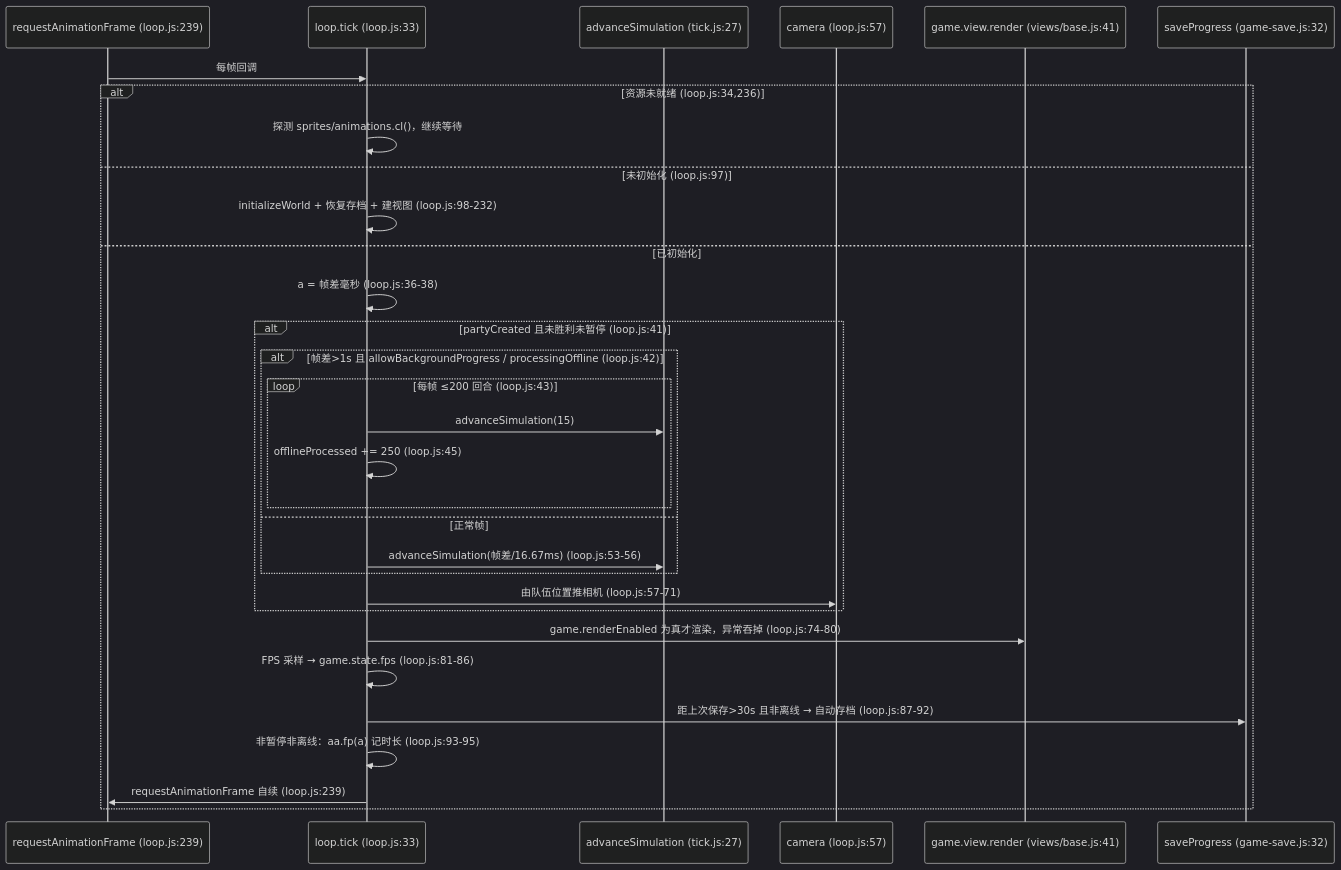
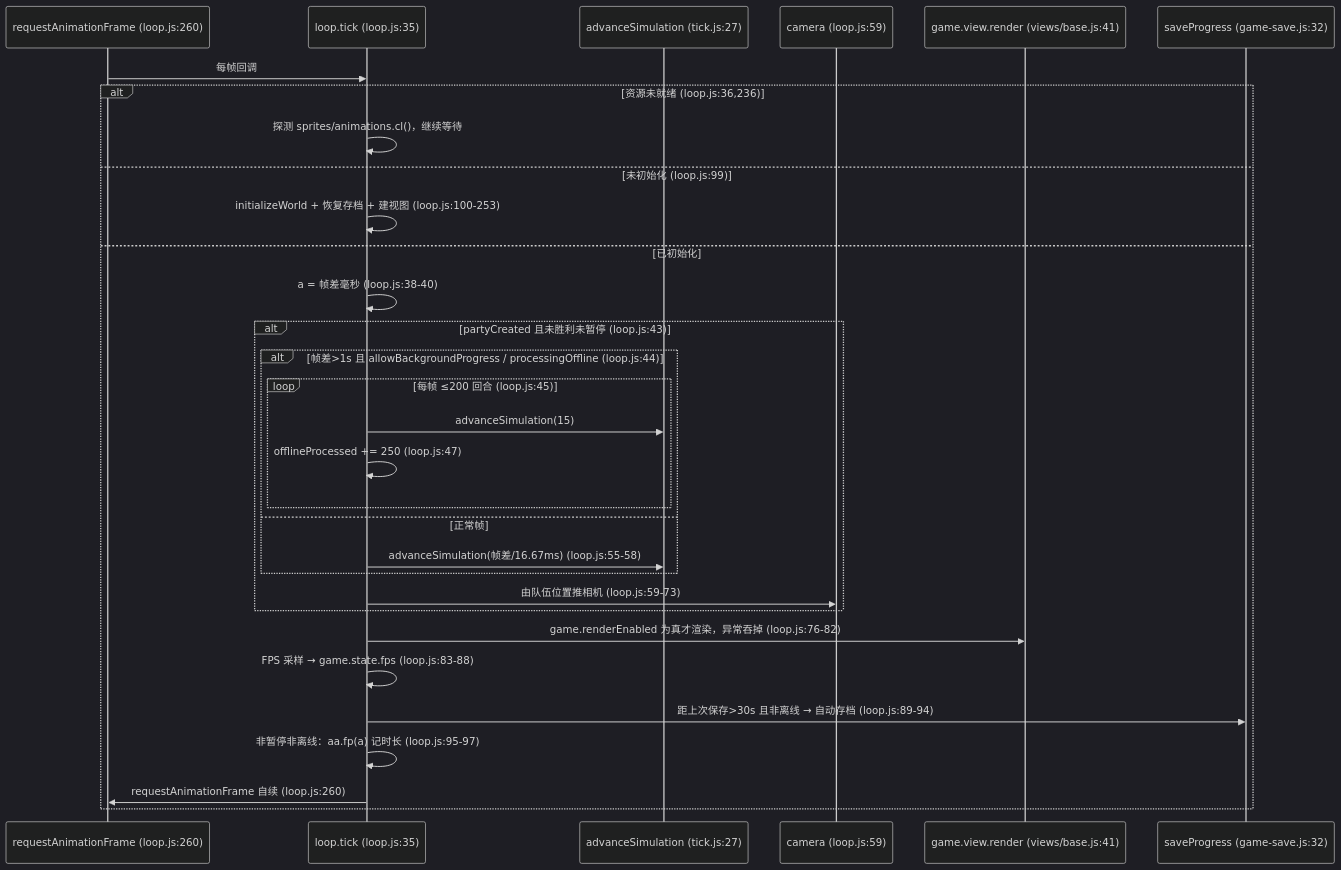
Before and after one commit to TT-106/click: the second of 6 diagrams in docs/architecture.md, drawn with Mermaid (dark theme). The commit also changed other lines of this file and 15 other files, not shown here.

````diff
--- a/docs/architecture.md
+++ b/docs/architecture.md
@@ -113,34 +113,34 @@
 ```mermaid
 sequenceDiagram
-    participant RAF as requestAnimationFrame (loop.js:239)
-    participant L as loop.tick (loop.js:33)
+    participant RAF as requestAnimationFrame (loop.js:260)
+    participant L as loop.tick (loop.js:35)
     participant S as advanceSimulation (tick.js:27)
-    participant C as camera (loop.js:57)
+    participant C as camera (loop.js:59)
     participant V as game.view.render (views/base.js:41)
     participant P as saveProgress (game-save.js:32)
 
     RAF->>L: 每帧回调
-    alt 资源未就绪 (loop.js:34,236)
+    alt 资源未就绪 (loop.js:36,236)
         L->>L: 探测 sprites/animations.cl()，继续等待
-    else 未初始化 (loop.js:97)
-        L->>L: initializeWorld + 恢复存档 + 建视图 (loop.js:98-232)
+    else 未初始化 (loop.js:99)
+        L->>L: initializeWorld + 恢复存档 + 建视图 (loop.js:100-253)
     else 已初始化
-        L->>L: a = 帧差毫秒 (loop.js:36-38)
-        alt partyCreated 且未胜利未暂停 (loop.js:41)
-            alt 帧差>1s 且 allowBackgroundProgress / processingOffline (loop.js:42)
-                loop 每帧 ≤200 回合 (loop.js:43)
+        L->>L: a = 帧差毫秒 (loop.js:38-40)
+        alt partyCreated 且未胜利未暂停 (loop.js:43)
+            alt 帧差>1s 且 allowBackgroundProgress / processingOffline (loop.js:44)
+                loop 每帧 ≤200 回合 (loop.js:45)
                     L->>S: advanceSimulation(15)
-                    L->>L: offlineProcessed += 250 (loop.js:45)
+                    L->>L: offlineProcessed += 250 (loop.js:47)
                 end
             else 正常帧
-                L->>S: advanceSimulation(帧差/16.67ms) (loop.js:53-56)
+                L->>S: advanceSimulation(帧差/16.67ms) (loop.js:55-58)
             end
-            L->>C: 由队伍位置推相机 (loop.js:57-71)
+            L->>C: 由队伍位置推相机 (loop.js:59-73)
         end
-        L->>V: game.renderEnabled 为真才渲染，异常吞掉 (loop.js:74-80)
-        L->>L: FPS 采样 → game.state.fps (loop.js:81-86)
-        L->>P: 距上次保存>30s 且非离线 → 自动存档 (loop.js:87-92)
-        L->>L: 非暂停非离线：aa.fp(a) 记时长 (loop.js:93-95)
-        L->>RAF: requestAnimationFrame 自续 (loop.js:239)
+        L->>V: game.renderEnabled 为真才渲染，异常吞掉 (loop.js:76-82)
+        L->>L: FPS 采样 → game.state.fps (loop.js:83-88)
+        L->>P: 距上次保存>30s 且非离线 → 自动存档 (loop.js:89-94)
+        L->>L: 非暂停非离线：aa.fp(a) 记时长 (loop.js:95-97)
+        L->>RAF: requestAnimationFrame 自续 (loop.js:260)
     end
 ```
````
